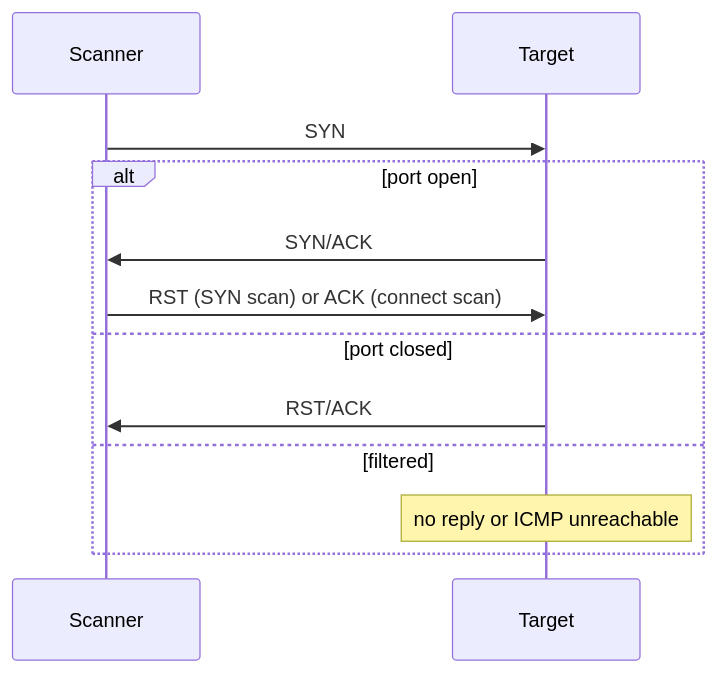
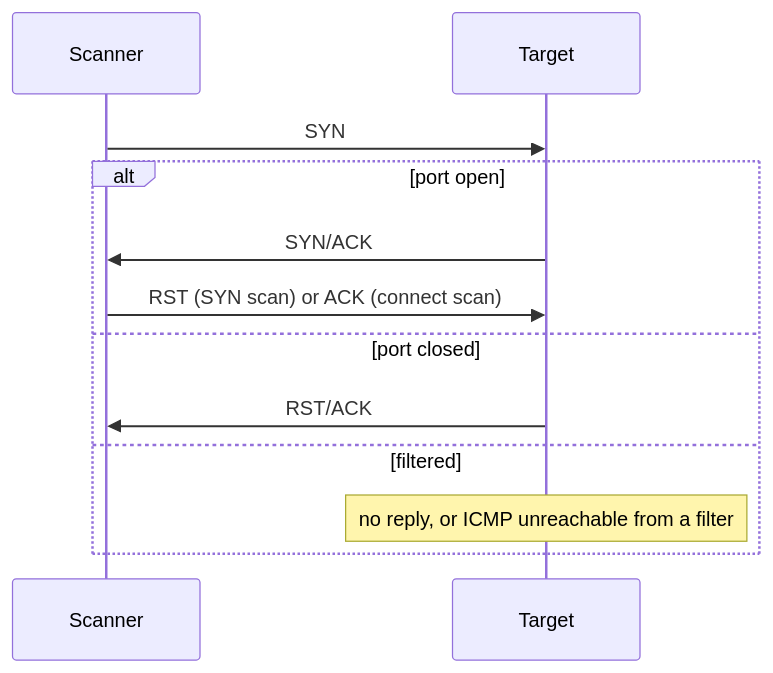
Before and after one commit to malacacalex/CEH_Revision_App: the second of 3 diagrams in content/modules/m03/notes.md, drawn with Mermaid. The commit also changed other lines of this file and 10 other files, not shown here.

````diff
--- a/content/modules/m03/notes.md
+++ b/content/modules/m03/notes.md
@@ -9,14 +22,14 @@
 ```mermaid
 sequenceDiagram
   participant C as Scanner
   participant T as Target
   C->>T: SYN
   alt port open
     T->>C: SYN/ACK
     C->>T: RST (SYN scan) or ACK (connect scan)
   else port closed
     T->>C: RST/ACK
   else filtered
-    Note over T: no reply or ICMP unreachable
+    Note over T: no reply, or ICMP unreachable from a filter
   end
 ```
````
